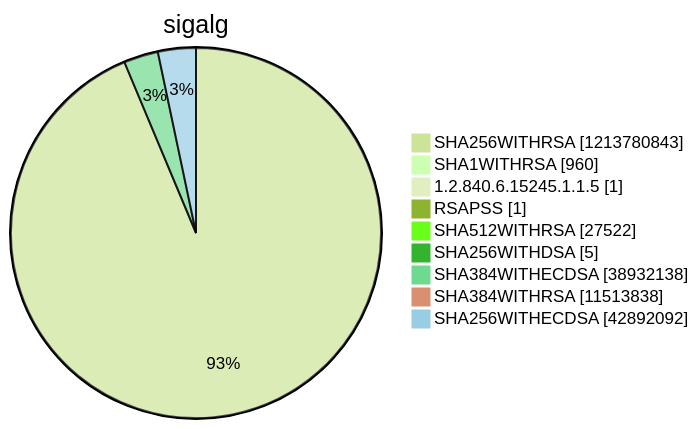
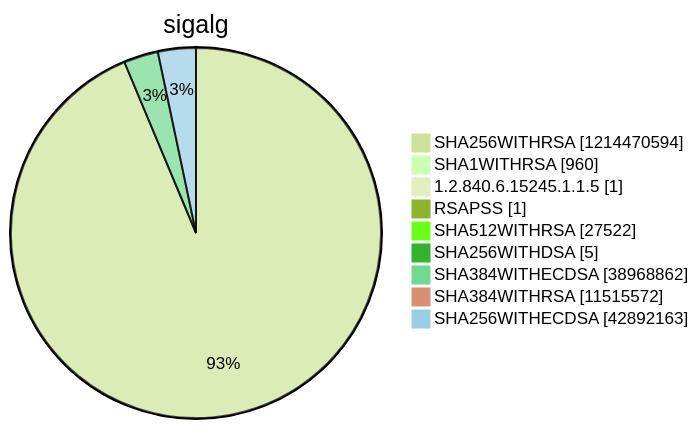
One commit to christiankrug/ctmonitor_visualization changed diagram 15 of 15 in argon2022/README.md. Above: the diagram before and after it, drawn with Mermaid (forest theme). The commit also changed other lines of this file, not shown here.

````diff
--- a/argon2022/README.md
+++ b/argon2022/README.md
@@ -5520,13 +5521,13 @@
 ```mermaid
 pie showData
 title sigalg
-"SHA256WITHRSA" :1213780843
+"SHA256WITHRSA" :1214470594
 "SHA1WITHRSA" :960
 "1.2.840.6.15245.1.1.5" :1
 "RSAPSS" :1
 "SHA512WITHRSA" :27522
 "SHA256WITHDSA" :5
-"SHA384WITHECDSA" :38932138
-"SHA384WITHRSA" :11513838
-"SHA256WITHECDSA" :42892092
+"SHA384WITHECDSA" :38968862
+"SHA384WITHRSA" :11515572
+"SHA256WITHECDSA" :42892163
 ```
````
